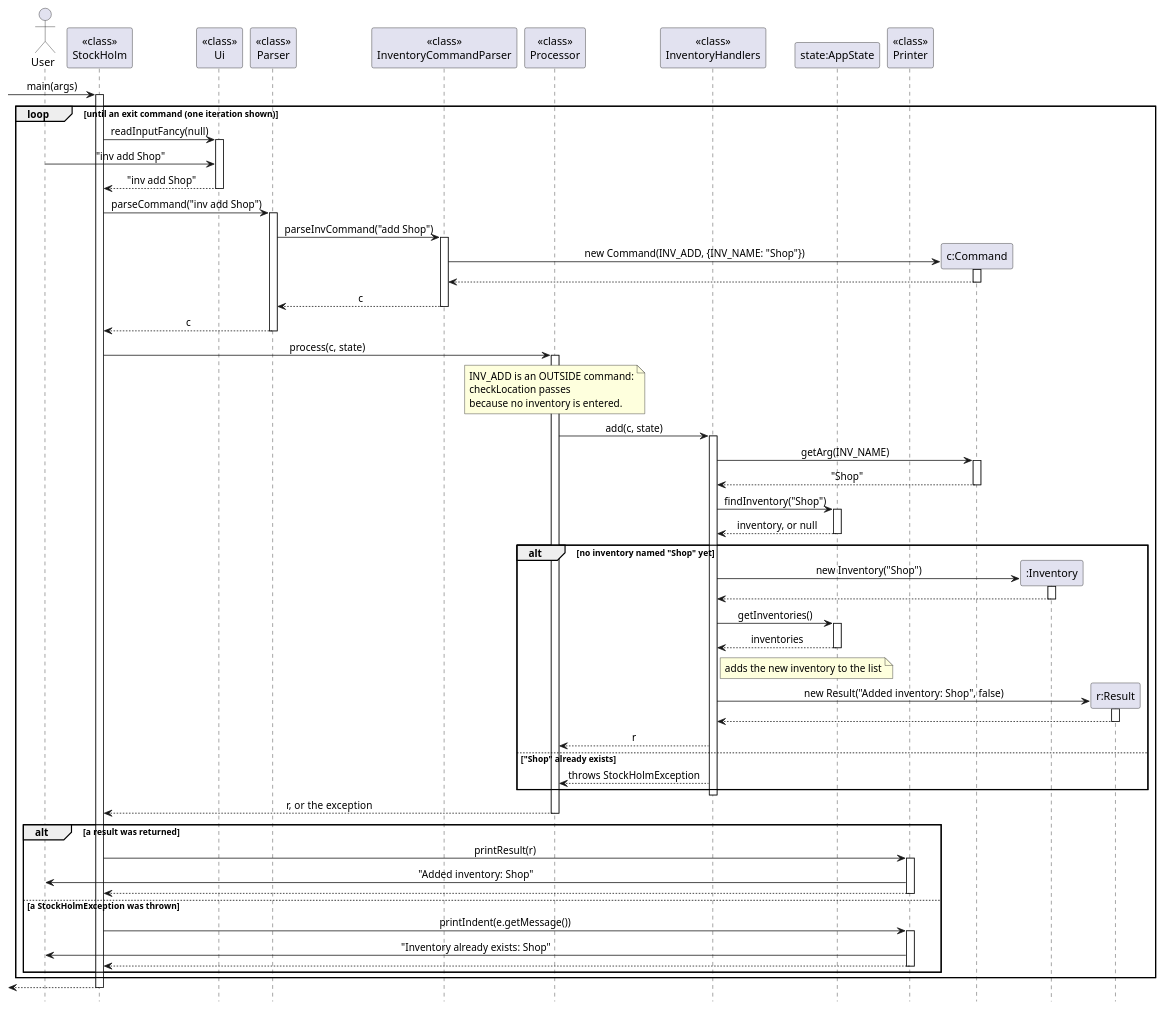
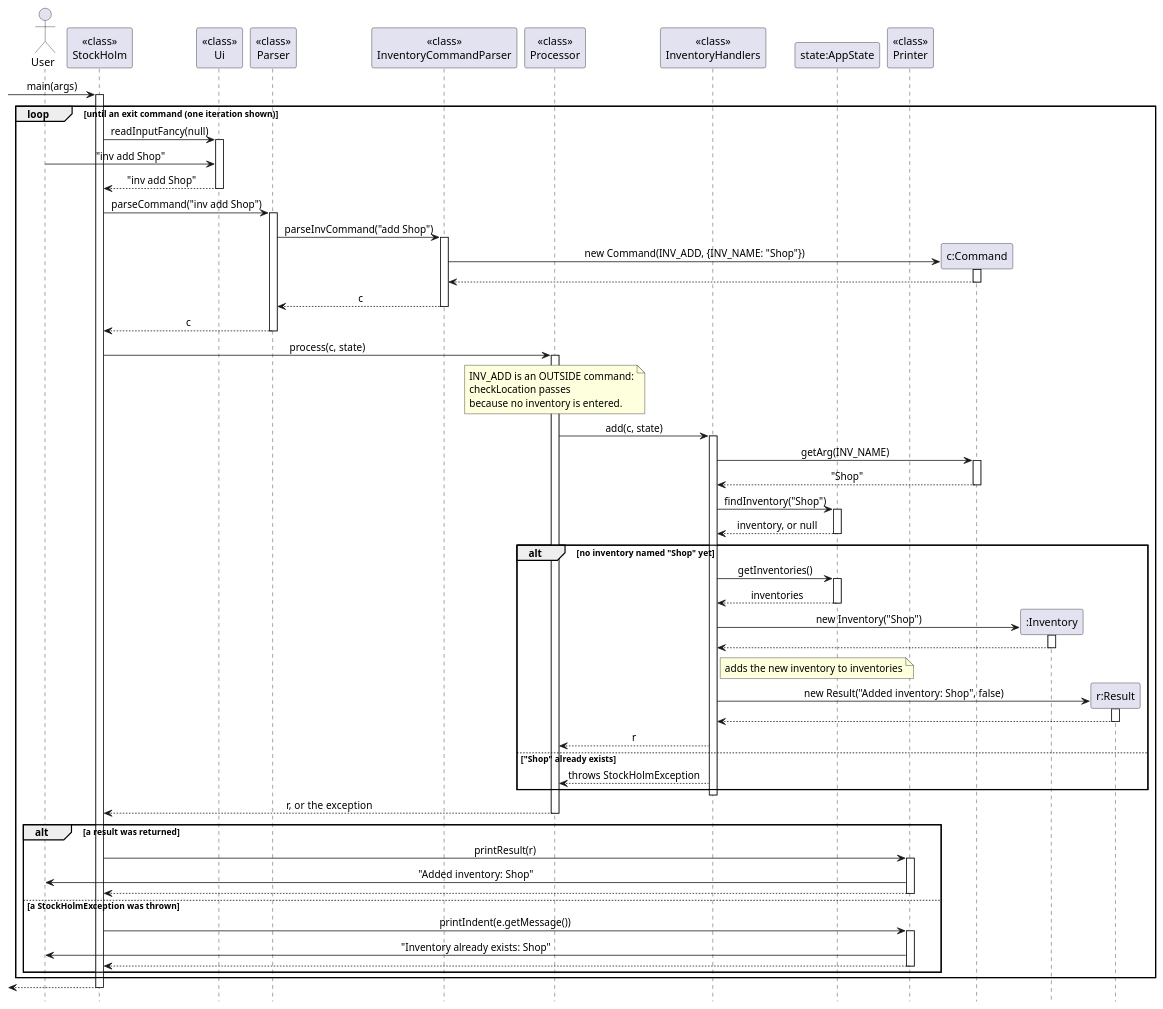
The diagram in docs/diagrams/InvAddSequence.puml (AY2627S1-CS2113-W14-4/tp), drawn with PlantUML before and after one commit. The commit also changed 1 other file, not shown here.

Commit message:
Get inventory list before creating inventory in inv add diagram

```diff
--- a/docs/diagrams/InvAddSequence.puml
+++ b/docs/diagrams/InvAddSequence.puml
@@ -1,96 +1,96 @@
 @startuml
 hide footbox
 skinparam sequenceMessageAlign center
 
 actor User
 participant "<<class>>\nStockHolm" as Main
 participant "<<class>>\nUi" as Ui
 participant "<<class>>\nParser" as Parser
 participant "<<class>>\nInventoryCommandParser" as InvParser
 participant "<<class>>\nProcessor" as Processor
 participant "<<class>>\nInventoryHandlers" as Handlers
 participant "state:AppState" as State
 participant "<<class>>\nPrinter" as Printer
 
 [-> Main : main(args)
 activate Main
 loop until an exit command (one iteration shown)
     Main -> Ui : readInputFancy(null)
     activate Ui
     User -> Ui : "inv add Shop"
     Ui --> Main : "inv add Shop"
     deactivate Ui
 
     Main -> Parser : parseCommand("inv add Shop")
     activate Parser
     Parser -> InvParser : parseInvCommand("add Shop")
     activate InvParser
     create participant "c:Command" as Cmd
     InvParser -> Cmd : new Command(INV_ADD, {INV_NAME: "Shop"})
     activate Cmd
     Cmd --> InvParser
     deactivate Cmd
     InvParser --> Parser : c
     deactivate InvParser
     Parser --> Main : c
     deactivate Parser
 
     Main -> Processor : process(c, state)
     activate Processor
     note over Processor
         INV_ADD is an OUTSIDE command:
         checkLocation passes
         because no inventory is entered.
     end note
     Processor -> Handlers : add(c, state)
     activate Handlers
     Handlers -> Cmd : getArg(INV_NAME)
     activate Cmd
     Cmd --> Handlers : "Shop"
     deactivate Cmd
     Handlers -> State : findInventory("Shop")
     activate State
     State --> Handlers : inventory, or null
     deactivate State
 
     alt no inventory named "Shop" yet
+        Handlers -> State : getInventories()
+        activate State
+        State --> Handlers : inventories
+        deactivate State
         create participant ":Inventory" as Inv
         Handlers -> Inv : new Inventory("Shop")
         activate Inv
         Inv --> Handlers
         deactivate Inv
-        Handlers -> State : getInventories()
-        activate State
-        State --> Handlers : inventories
-        deactivate State
-        note right of Handlers : adds the new inventory to the list
+        note right of Handlers : adds the new inventory to inventories
         create participant "r:Result" as Res
         Handlers -> Res : new Result("Added inventory: Shop", false)
         activate Res
         Res --> Handlers
         deactivate Res
         Handlers --> Processor : r
     else "Shop" already exists
         Handlers --> Processor : throws StockHolmException
     end
     deactivate Handlers
     Processor --> Main : r, or the exception
     deactivate Processor
 
     alt a result was returned
         Main -> Printer : printResult(r)
         activate Printer
         Printer -> User : "Added inventory: Shop"
         Printer --> Main
         deactivate Printer
     else a StockHolmException was thrown
         Main -> Printer : printIndent(e.getMessage())
         activate Printer
         Printer -> User : "Inventory already exists: Shop"
         Printer --> Main
         deactivate Printer
     end
 end
 [<-- Main
 deactivate Main
 @enduml
```
